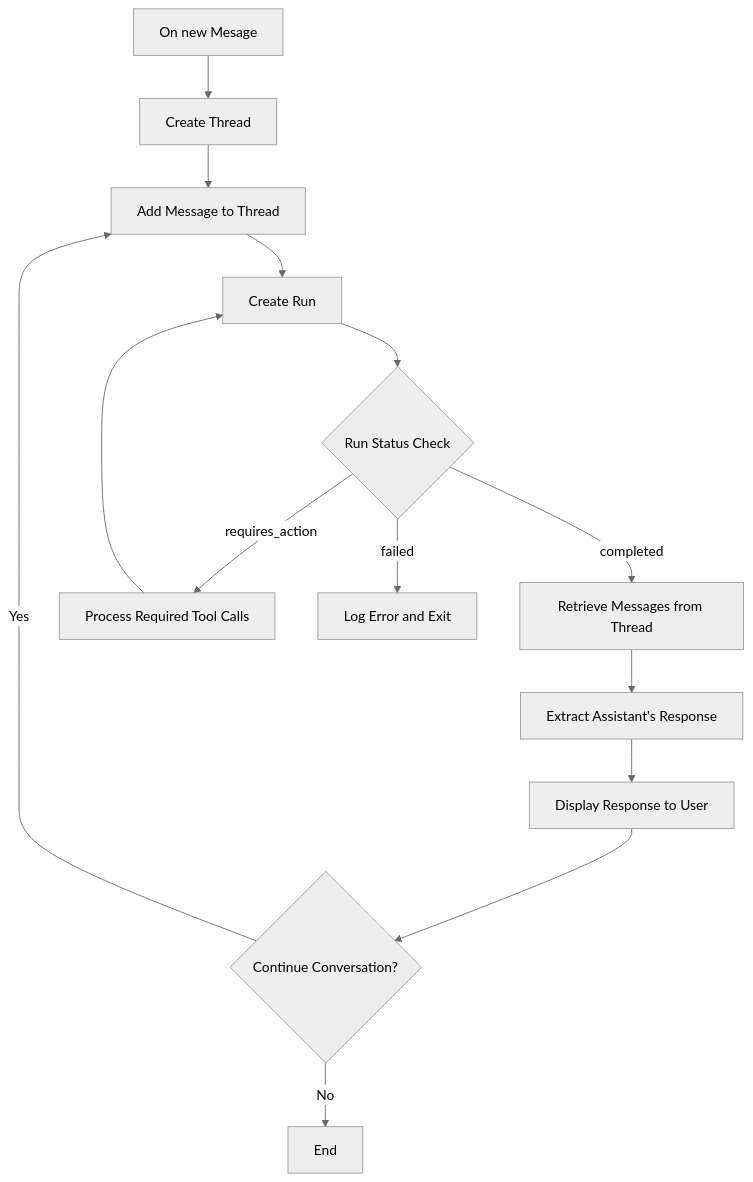
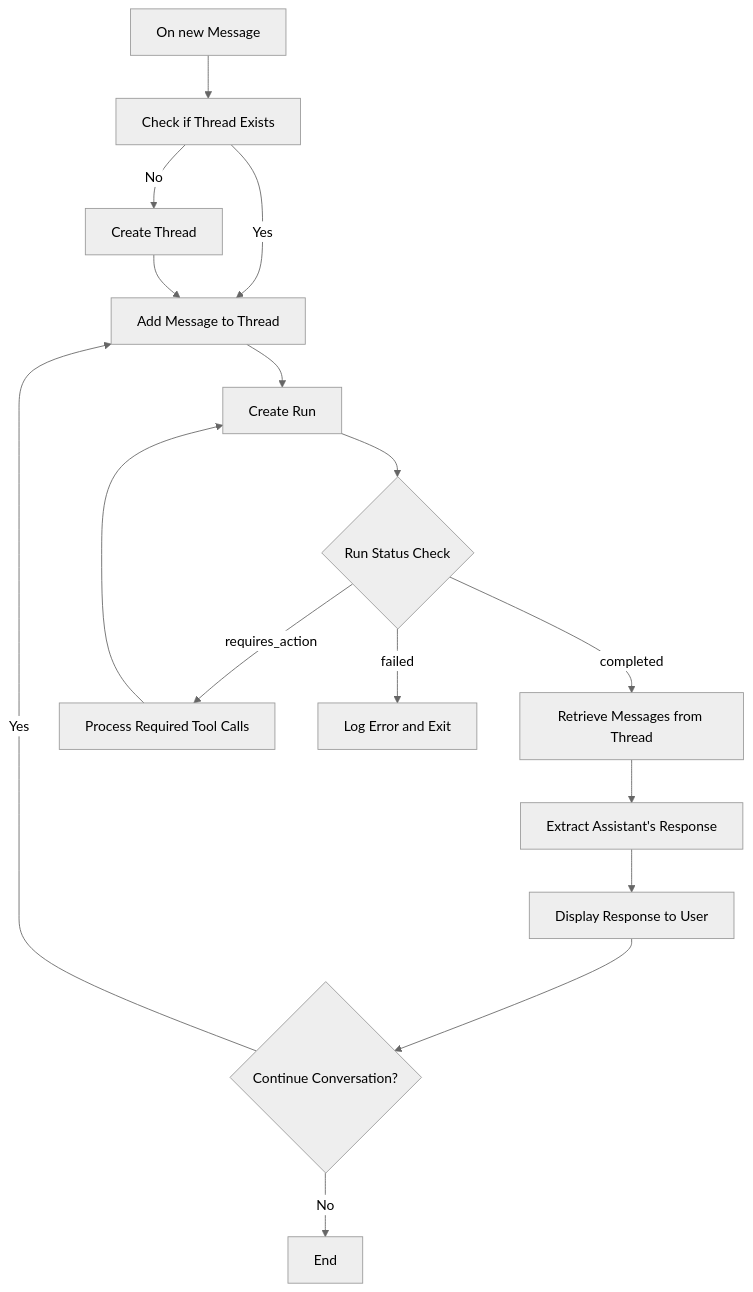
Before and after one commit to nauqh/ti: the diagram in README.md, drawn with Mermaid (neutral theme). The commit also changed other lines of this file, not shown here.

Commit message:
feat(README): adjust diagram

````diff
--- a/README.md
+++ b/README.md
@@ -48,17 +48,19 @@
 ```mermaid
 graph TD
-    A[On new Mesage] --> B[Create Thread]
-    B --> C[Add Message to Thread]
-    C --> D[Create Run]
-    D --> E{Run Status Check}
-    E -->|completed| F[Retrieve Messages from Thread]
-    E -->|requires_action| G[Process Required Tool Calls]
-    G --> D
-    E -->|failed| H[Log Error and Exit]
+    A[On new Message] --> B[Check if Thread Exists]
+    B -->|Yes| C[Add Message to Thread]
+    B -->|No| D[Create Thread]
+    D --> C
+    C --> E[Create Run]
+    E --> F{Run Status Check}
+    F -->|completed| G[Retrieve Messages from Thread]
+    F -->|requires_action| H[Process Required Tool Calls]
+    H --> E
+    F -->|failed| I[Log Error and Exit]
 
-    F --> I[Extract Assistant's Response]
-    I --> J[Display Response to User]
-    J --> K{Continue Conversation?}
-    K -->|Yes| C
-    K -->|No| M[End]
+    G --> J[Extract Assistant's Response]
+    J --> K[Display Response to User]
+    K --> L{Continue Conversation?}
+    L -->|Yes| C
+    L -->|No| M[End]
 ```
````
